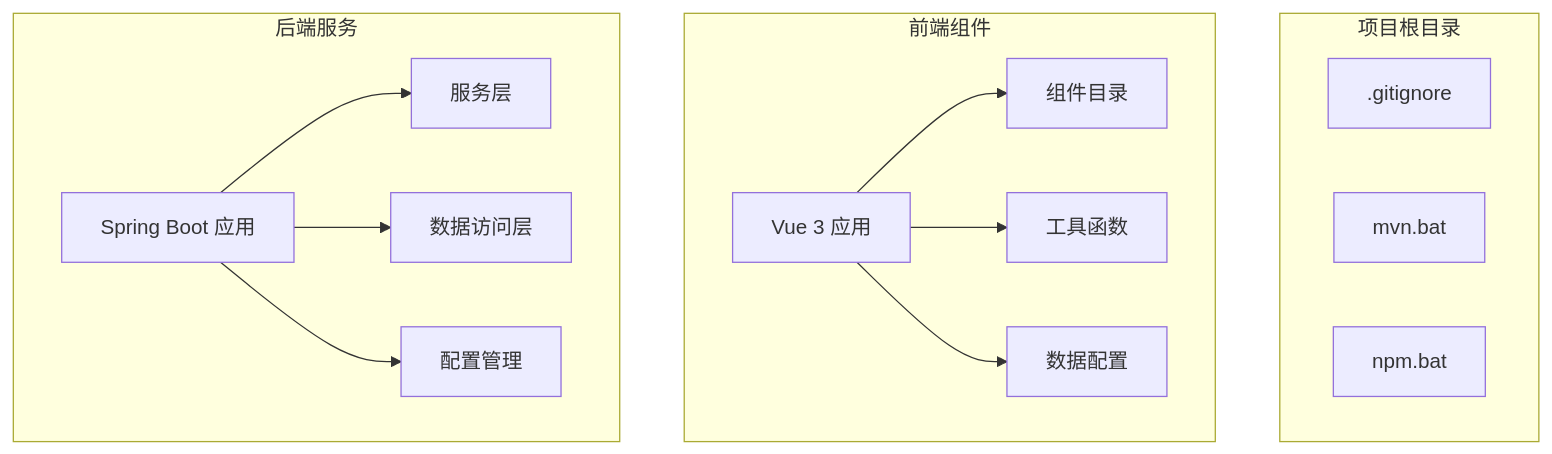
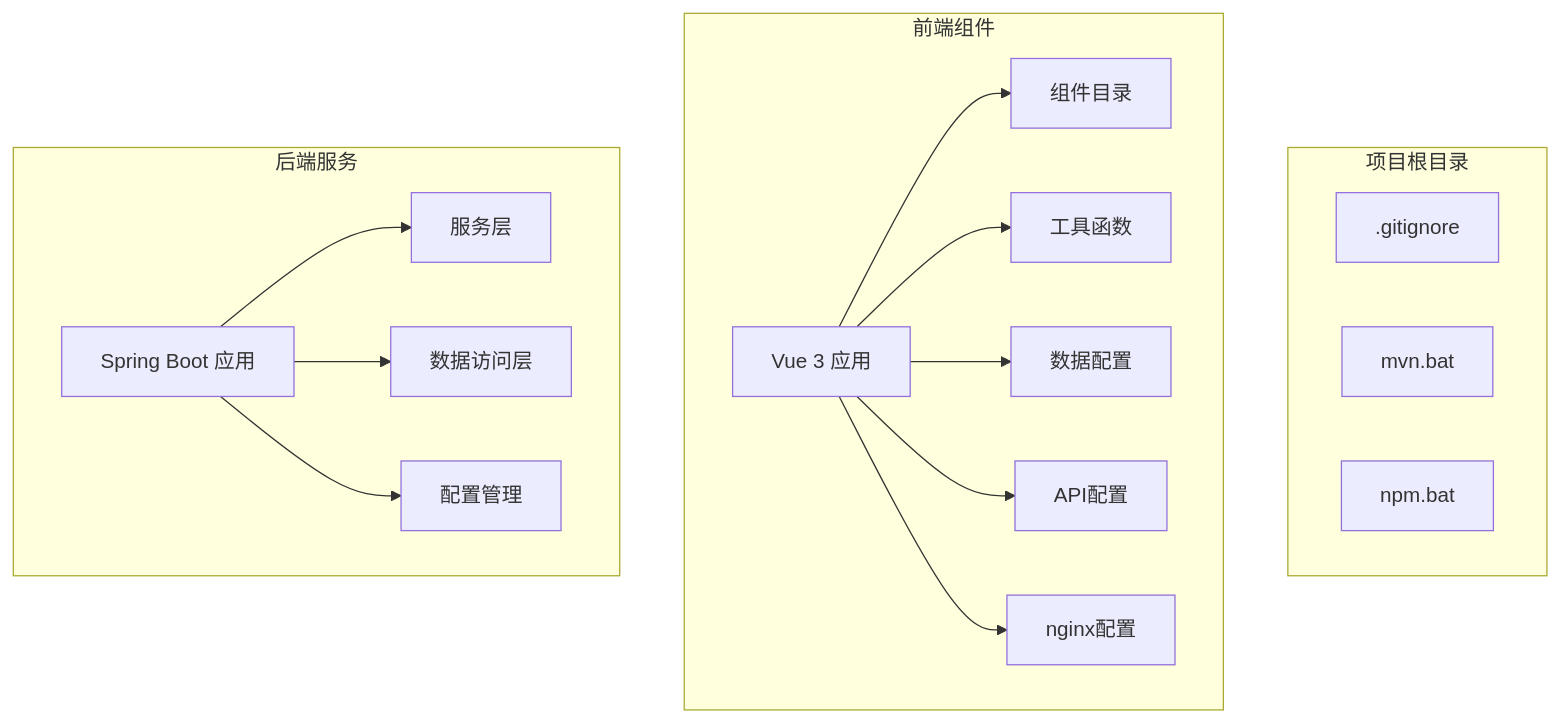
Before and after one commit to liuzh2008/med_ai_assistant_workspace: the first of 31 diagrams in .qoder/repowiki/zh/content/Update Summary/Update Summary.md, drawn with Mermaid. The commit also changed other lines of this file and 4 other files, not shown here.

````diff
--- a/.qoder/repowiki/zh/content/Update Summary/Update Summary.md
+++ b/.qoder/repowiki/zh/content/Update Summary/Update Summary.md
@@ -59,26 +73,30 @@
 ```mermaid
 graph TB
 subgraph "项目根目录"
 A[.gitignore]
 B[mvn.bat]
 C[npm.bat]
 end
 subgraph "前端组件"
 D[Vue 3 应用]
 E[组件目录]
 F[工具函数]
 G[数据配置]
+H[API配置]
+I[nginx配置]
 end
 subgraph "后端服务"
-H[Spring Boot 应用]
-I[服务层]
-J[数据访问层]
-K[配置管理]
+J[Spring Boot 应用]
+K[服务层]
+L[数据访问层]
+M[配置管理]
 end
 D --> E
 D --> F
 D --> G
-H --> I
-H --> J
-H --> K
+D --> H
+D --> I
+J --> K
+J --> L
+J --> M
 ```
````
